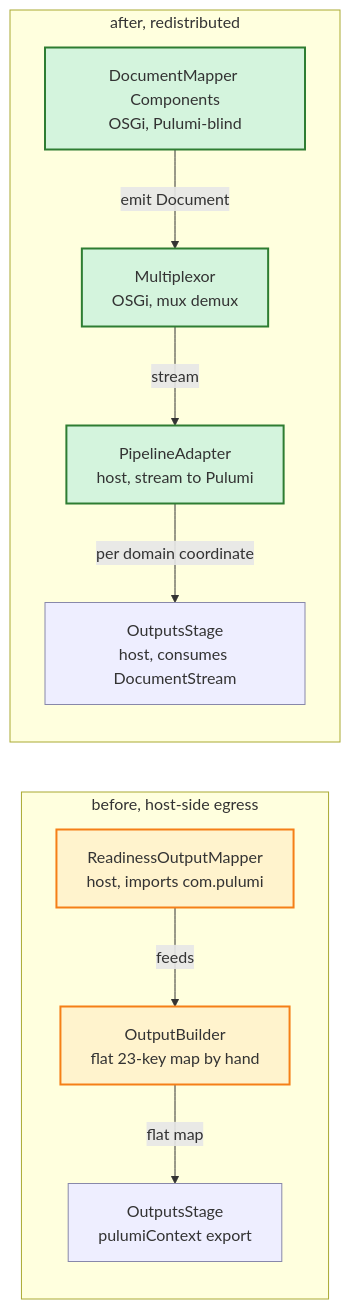
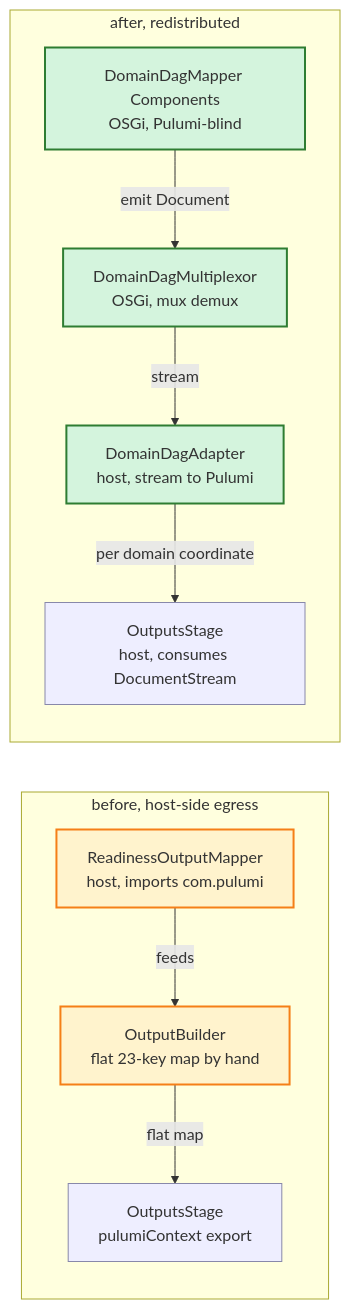
The seventh of 15 diagrams in docs/architecture/integration-atlas.adoc (nxmatic/rke2lab), drawn with Mermaid before and after one commit. The commit also changed other lines of this file and 4 other files, not shown here.

First line of the commit message:
docs(multiplexor): rename to the DomainDag family for crystal-clear roles

```diff
--- a/docs/architecture/integration-atlas.adoc
+++ b/docs/architecture/integration-atlas.adoc
@@ -572,28 +572,28 @@
 [mermaid]
 ....
 flowchart LR
     subgraph PB[before, host-side egress]
         p_map["ReadinessOutputMapper<br/>host, imports com.pulumi"]
         p_build["OutputBuilder<br/>flat 23-key map by hand"]
         p_out["OutputsStage<br/>pulumiContext export"]
         p_map -->|feeds| p_build
         p_build -->|flat map| p_out
     end
 
     subgraph PA[after, redistributed]
-        a_dm["DocumentMapper Components<br/>OSGi, Pulumi-blind"]
-        a_mux["Multiplexor<br/>OSGi, mux demux"]
-        a_adapter["PipelineAdapter<br/>host, stream to Pulumi"]
+        a_dm["DomainDagMapper Components<br/>OSGi, Pulumi-blind"]
+        a_mux["DomainDagMultiplexor<br/>OSGi, mux demux"]
+        a_adapter["DomainDagAdapter<br/>host, stream to Pulumi"]
         a_outs["OutputsStage<br/>host, consumes DocumentStream"]
         a_dm -->|emit Document| a_mux
         a_mux -->|stream| a_adapter
         a_adapter -->|per domain coordinate| a_outs
     end
 
     classDef built fill:#eef,stroke:#88a,stroke-width:1px;
     classDef new fill:#d4f4dd,stroke:#2e7d32,stroke-width:2px;
     classDef moved fill:#fff3cd,stroke:#f57f17,stroke-width:2px;
     class p_out,a_outs built;
     class a_dm,a_mux,a_adapter new;
     class p_map,p_build moved;
 ....
```
